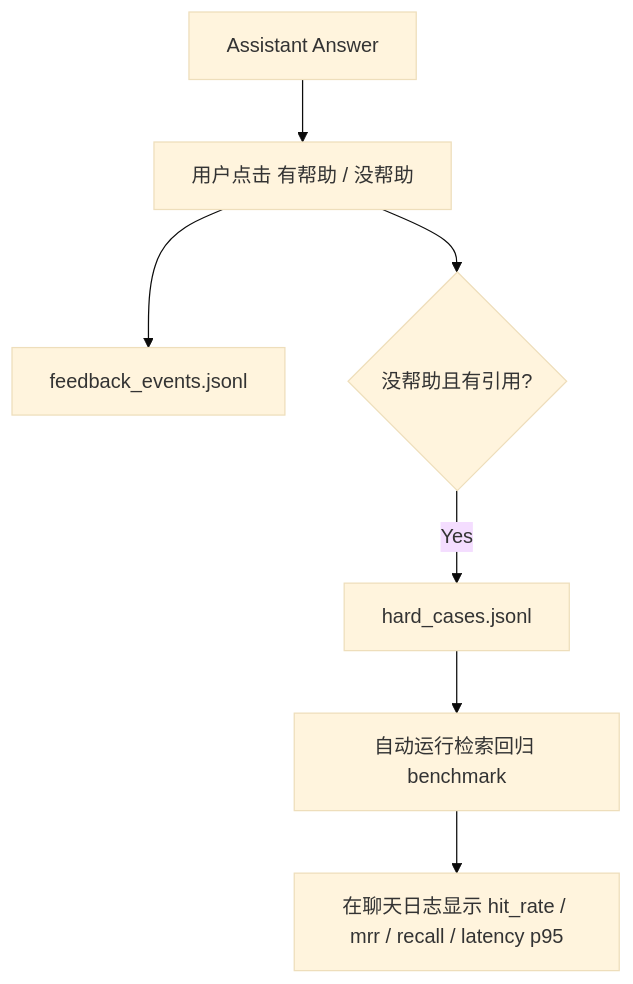
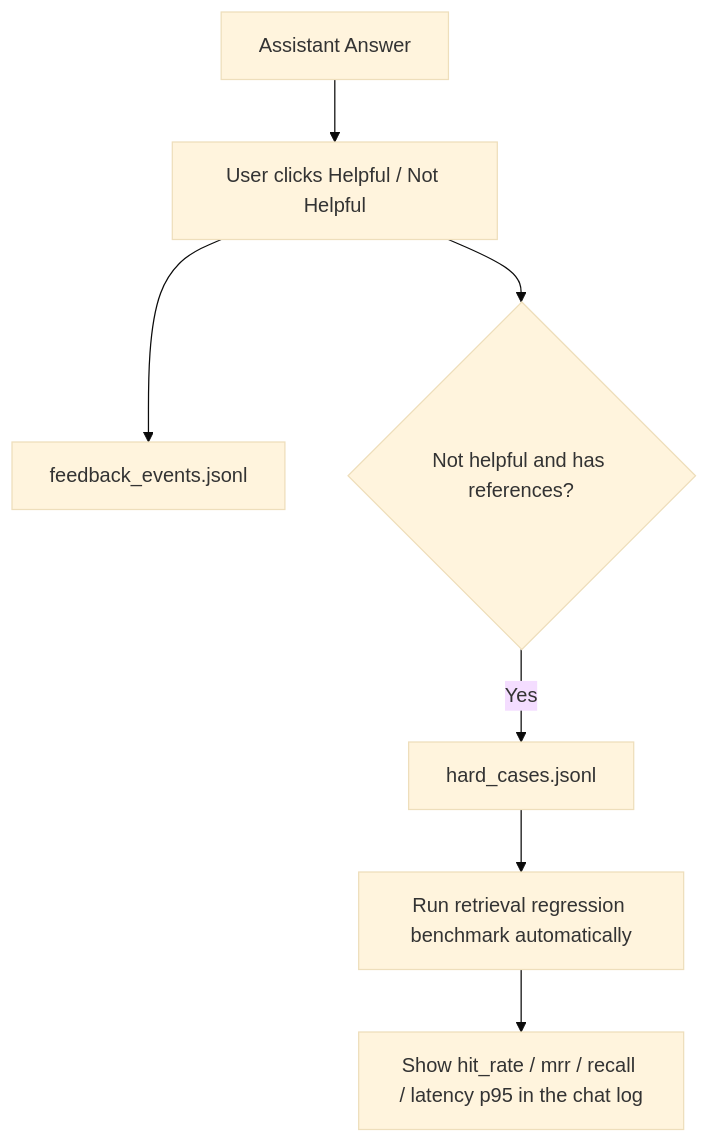
The second of 2 diagrams in docs/gui.md (yeyixiang2007/YFanRAG), drawn with Mermaid (base theme) before and after one commit. The commit also changed other lines of this file and 20 other files, not shown here.

````diff
--- a/docs/gui.md
+++ b/docs/gui.md
@@ -96,9 +98,9 @@
 ```mermaid
 flowchart TD
-  A["Assistant Answer"] --> B["用户点击 有帮助 / 没帮助"]
+  A["Assistant Answer"] --> B["User clicks Helpful / Not Helpful"]
   B --> C["feedback_events.jsonl"]
-  B --> D{"没帮助且有引用?"}
+  B --> D{"Not helpful and has references?"}
   D -- Yes --> E["hard_cases.jsonl"]
-  E --> F["自动运行检索回归 benchmark"]
-  F --> G["在聊天日志显示 hit_rate / mrr / recall / latency p95"]
+  E --> F["Run retrieval regression benchmark automatically"]
+  F --> G["Show hit_rate / mrr / recall / latency p95 in the chat log"]
 ```
````
